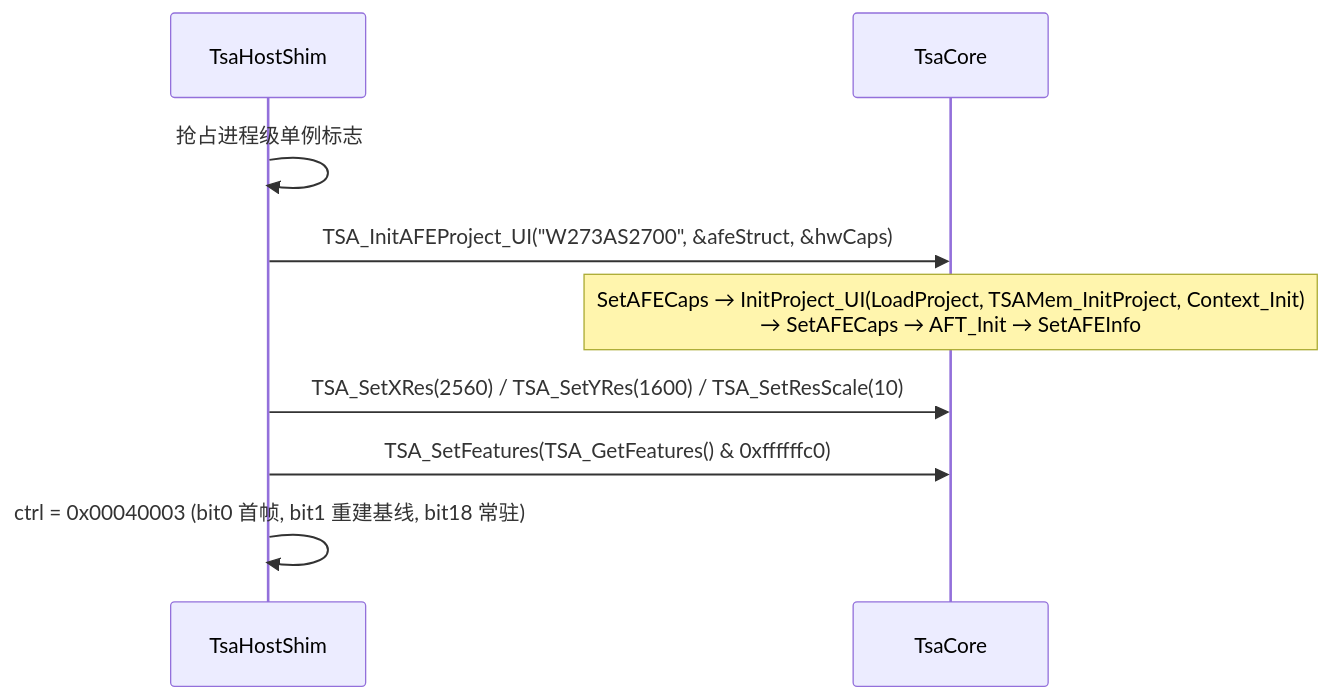
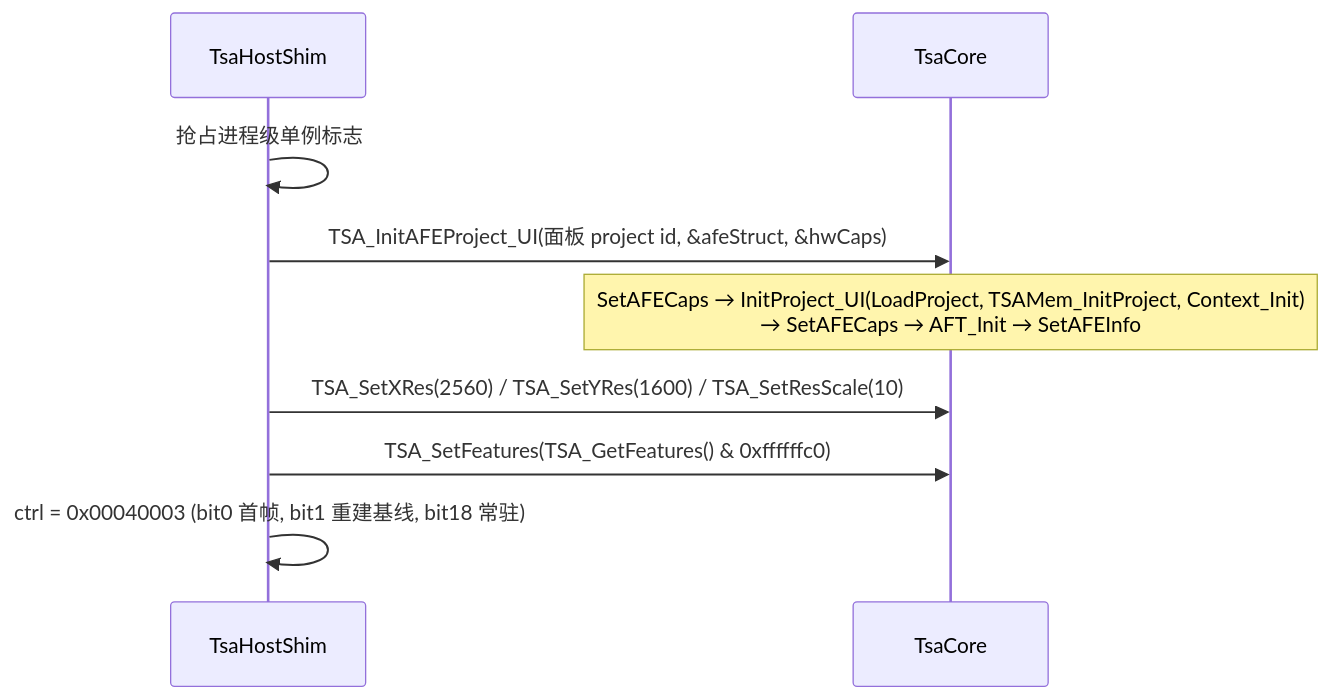
One commit to awarson2233/EGoTouchRev changed the fourth of 10 diagrams in docs/finger_algorithms/tsacore-raw-integration.md. Above: the diagram before and after it, drawn with Mermaid. The commit also changed other lines of this file and 24 other files, not shown here.

````diff
--- a/docs/finger_algorithms/tsacore-raw-integration.md
+++ b/docs/finger_algorithms/tsacore-raw-integration.md
@@ -155,11 +155,11 @@
 ```mermaid
 sequenceDiagram
     participant H as TsaHostShim
     participant T as TsaCore
     H->>H: 抢占进程级单例标志
-    H->>T: TSA_InitAFEProject_UI("W273AS2700", &afeStruct, &hwCaps)
+    H->>T: TSA_InitAFEProject_UI(面板 project id, &afeStruct, &hwCaps)
     Note over T: SetAFECaps → InitProject_UI(LoadProject, TSAMem_InitProject, Context_Init)<br/>→ SetAFECaps → AFT_Init → SetAFEInfo
     H->>T: TSA_SetXRes(2560) / TSA_SetYRes(1600) / TSA_SetResScale(10)
     H->>T: TSA_SetFeatures(TSA_GetFeatures() & 0xffffffc0)
     H->>H: ctrl = 0x00040003 (bit0 首帧, bit1 重建基线, bit18 常驻)
 ```
````
